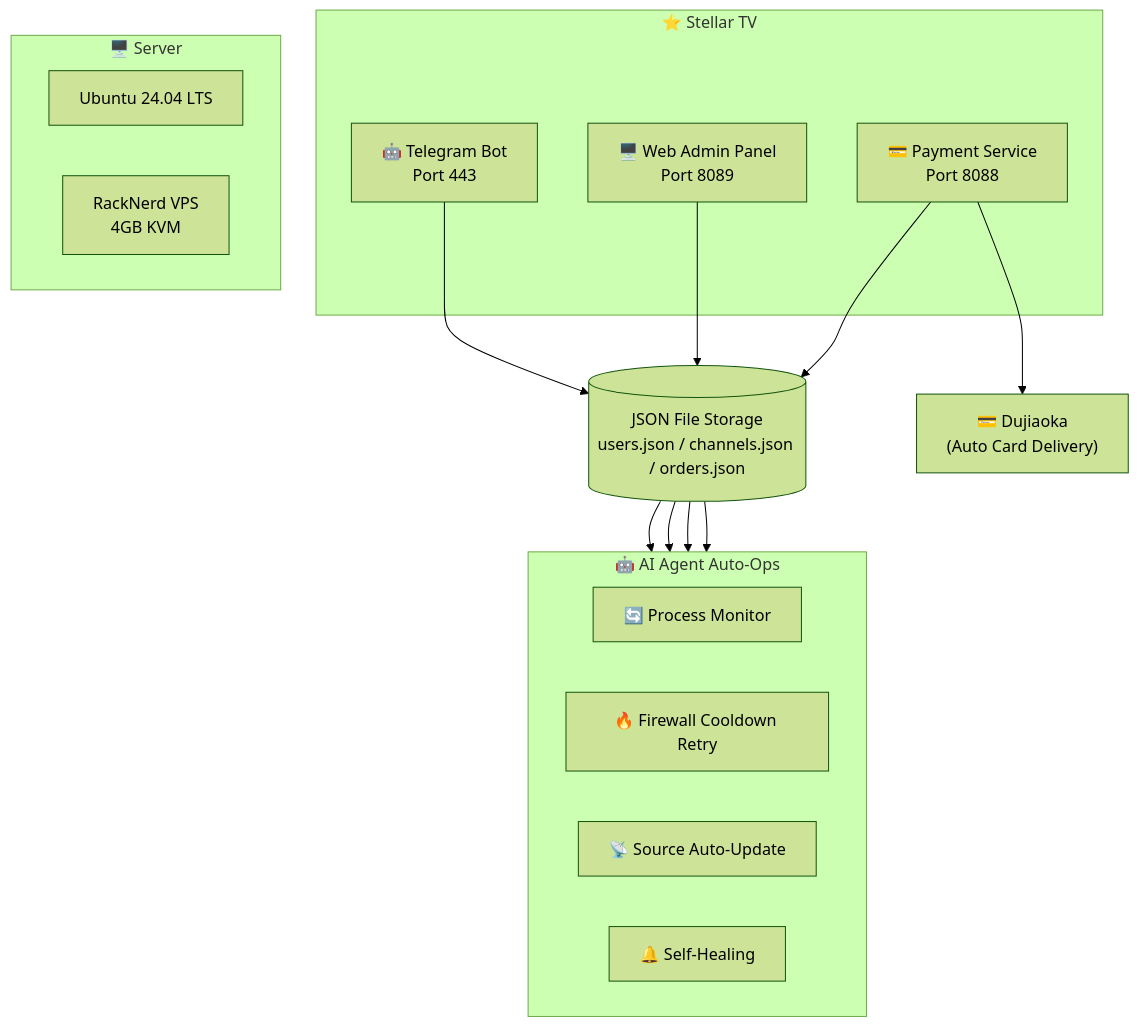
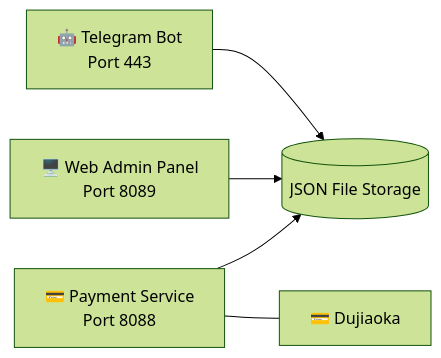
One commit to xkmuzili/starchen-iptv changed the diagram in README_EN.md. Above: the diagram before and after it, drawn with Mermaid (forest theme). The commit also changed other lines of this file and 4 other files, not shown here.

Commit message:
🎨 精简README排版：简化架构图、移除前台面板引用、精简项目数据

````diff
--- a/README_EN.md
+++ b/README_EN.md
@@ -130,33 +130,12 @@
 ```mermaid
-graph TB
-    subgraph StellarTV["⭐ Stellar TV"]
-        Bot["🤖 Telegram Bot<br/>Port 443"]
-        Web["🖥️ Web Admin Panel<br/>Port 8089"]
-        Pay["💳 Payment Service<br/>Port 8088"]
-    end
+graph LR
+    Bot["🤖 Telegram Bot<br/>Port 443"]
+    Web["🖥️ Web Admin Panel<br/>Port 8089"]
+    Pay["💳 Payment Service<br/>Port 8088"]
+    DB[("JSON File Storage")]
+    Pay --- PG["💳 Dujiaoka"]
 
-    Bot --> DB[("JSON File Storage<br/>users.json / channels.json / orders.json")]
+    Bot --> DB
     Web --> DB
     Pay --> DB
-
-    Pay --> PG["💳 Dujiaoka<br/>(Auto Card Delivery)"]
-
-    subgraph Server["🖥️ Server"]
-        direction LR
-        OS["Ubuntu 24.04 LTS"]
-        VPS["RackNerd VPS<br/>4GB KVM"]
-    end
-
-    subgraph AIAgent["🤖 AI Agent Auto-Ops"]
-        direction LR
-        E["🔄 Process Monitor"]
-        F["🔥 Firewall Cooldown Retry"]
-        G["📡 Source Auto-Update"]
-        H["🔔 Self-Healing"]
-    end
-
-    DB --> E
-    DB --> F
-    DB --> G
-    DB --> H
 ```
````
